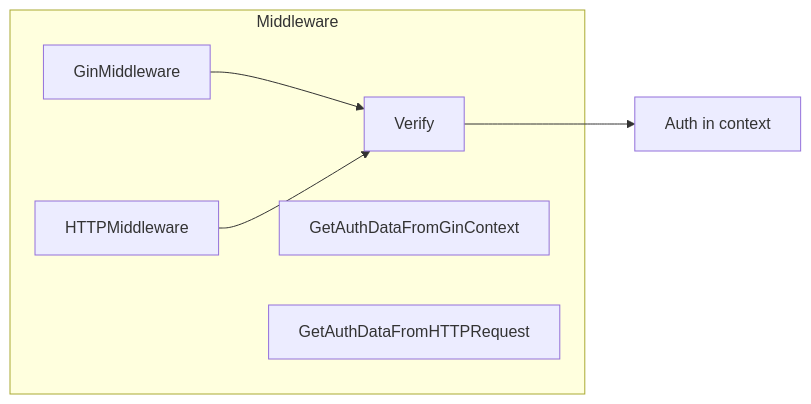
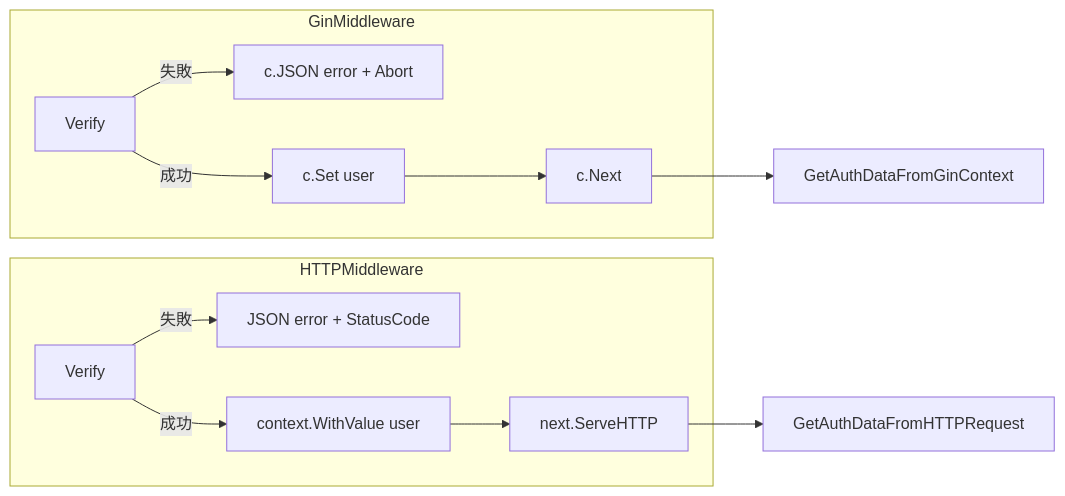
The eighth of 13 diagrams in doc/architecture.zh.md (pardnchiu/go-jwt), drawn with Mermaid before and after one commit. The commit also changed other lines of this file and 6 other files, not shown here.

Commit message:
doc: Regenerate bilingual README, technical docs, and architecture diagrams

````diff
--- a/doc/architecture.zh.md
+++ b/doc/architecture.zh.md
@@ -49,10 +195,15 @@
 ```mermaid
 graph LR
-    subgraph Middleware
-        Gin[GinMiddleware] --> Verify
-        HTTP[HTTPMiddleware] --> Verify
-        GetGin[GetAuthDataFromGinContext]
-        GetHTTP[GetAuthDataFromHTTPRequest]
+    subgraph GinMiddleware
+        GV[Verify] -->|失敗| GA[c.JSON error + Abort]
+        GV -->|成功| GS[c.Set user] --> GN[c.Next]
     end
-    Verify[Verify] --> Auth[Auth in context]
+
+    subgraph HTTPMiddleware
+        HV[Verify] -->|失敗| HE[JSON error + StatusCode]
+        HV -->|成功| HC[context.WithValue user] --> HN[next.ServeHTTP]
+    end
+
+    GN --> GG[GetAuthDataFromGinContext]
+    HN --> HG[GetAuthDataFromHTTPRequest]
 ```
````
